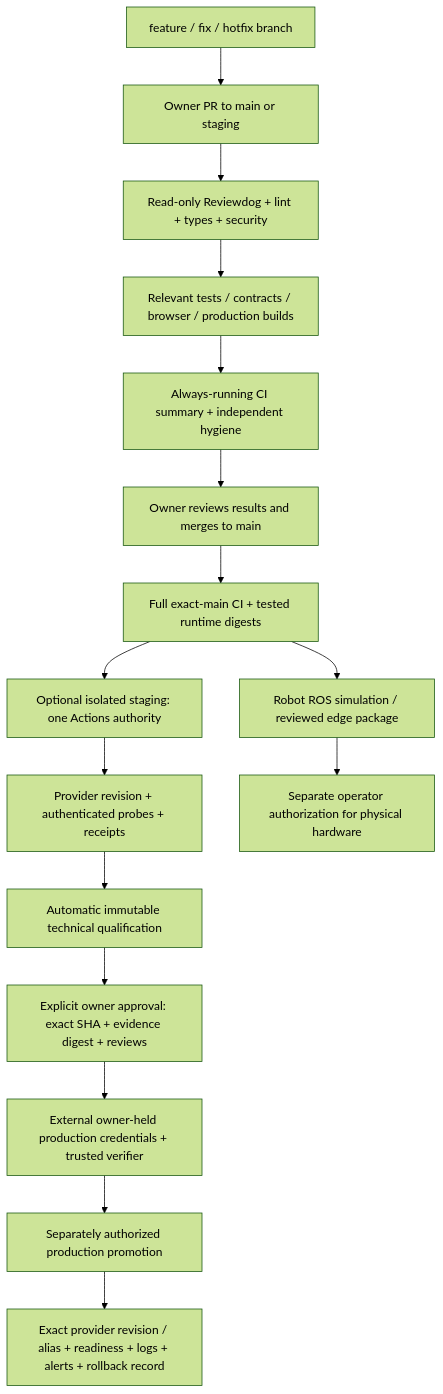
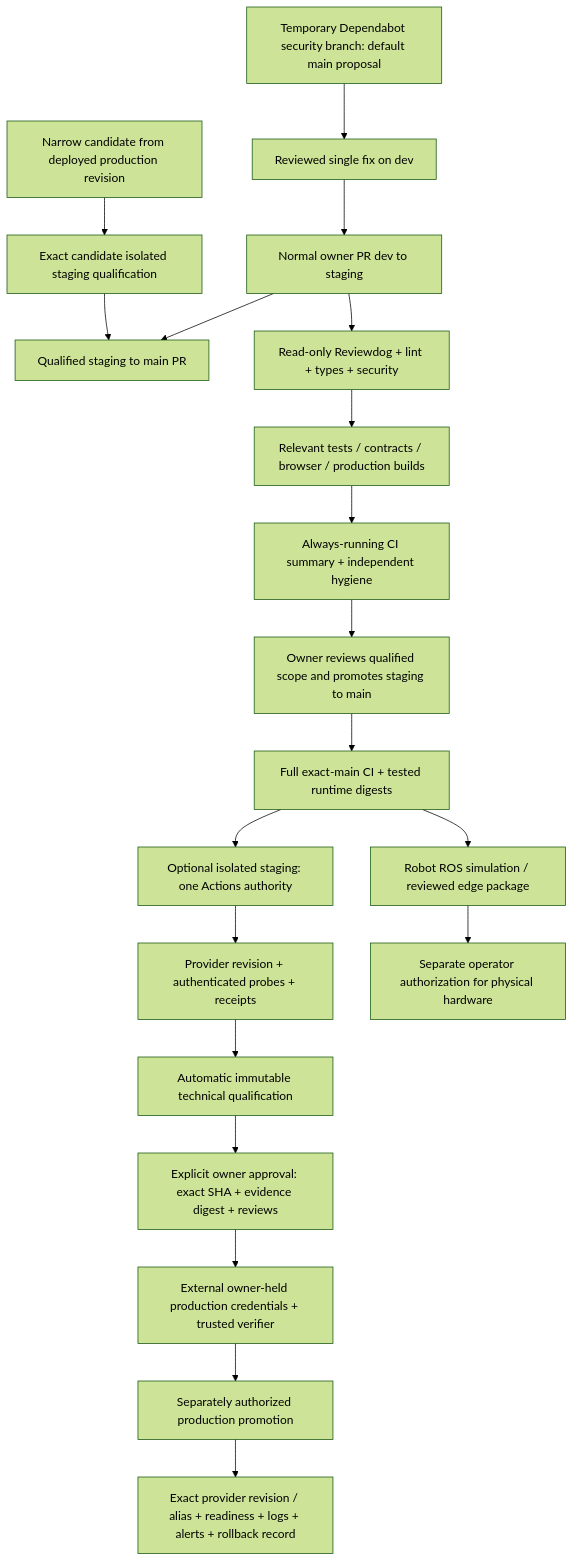
The diagram in docs/engineering/CI_CD.md (DruHustle/onesa-company-portal), drawn with Mermaid (forest theme) before and after one commit. The commit also changed other lines of this file and 81 other files, not shown here.

````diff
--- a/docs/engineering/CI_CD.md
+++ b/docs/engineering/CI_CD.md
@@ -11,18 +11,22 @@
 ```mermaid
 flowchart TD
-  F[feature / fix / hotfix branch] --> PR[Owner PR to main or staging]
+  BOT[Temporary Dependabot security branch: default main proposal] --> DEV[Reviewed single fix on dev]
+  DEV --> PR[Normal owner PR dev to staging]
+  PR --> PROMOTE[Qualified staging to main PR]
+  URGENT[Narrow candidate from deployed production revision] --> ISOLATED[Exact candidate isolated staging qualification]
+  ISOLATED --> PROMOTE
   PR --> R[Read-only Reviewdog + lint + types + security]
   R --> T[Relevant tests / contracts / browser / production builds]
   T --> S[Always-running CI summary + independent hygiene]
-  S --> M[Owner reviews results and merges to main]
+  S --> M[Owner reviews qualified scope and promotes staging to main]
   M --> C[Full exact-main CI + tested runtime digests]
   C --> P[Optional isolated staging: one Actions authority]
   P --> V[Provider revision + authenticated probes + receipts]
   V --> Q[Automatic immutable technical qualification]
   Q --> A[Explicit owner approval: exact SHA + evidence digest + reviews]
   A --> X[External owner-held production credentials + trusted verifier]
   X --> D[Separately authorized production promotion]
   D --> O[Exact provider revision / alias + readiness + logs + alerts + rollback record]
   C --> E[Robot ROS simulation / reviewed edge package]
   E --> H[Separate operator authorization for physical hardware]
 ```
````
